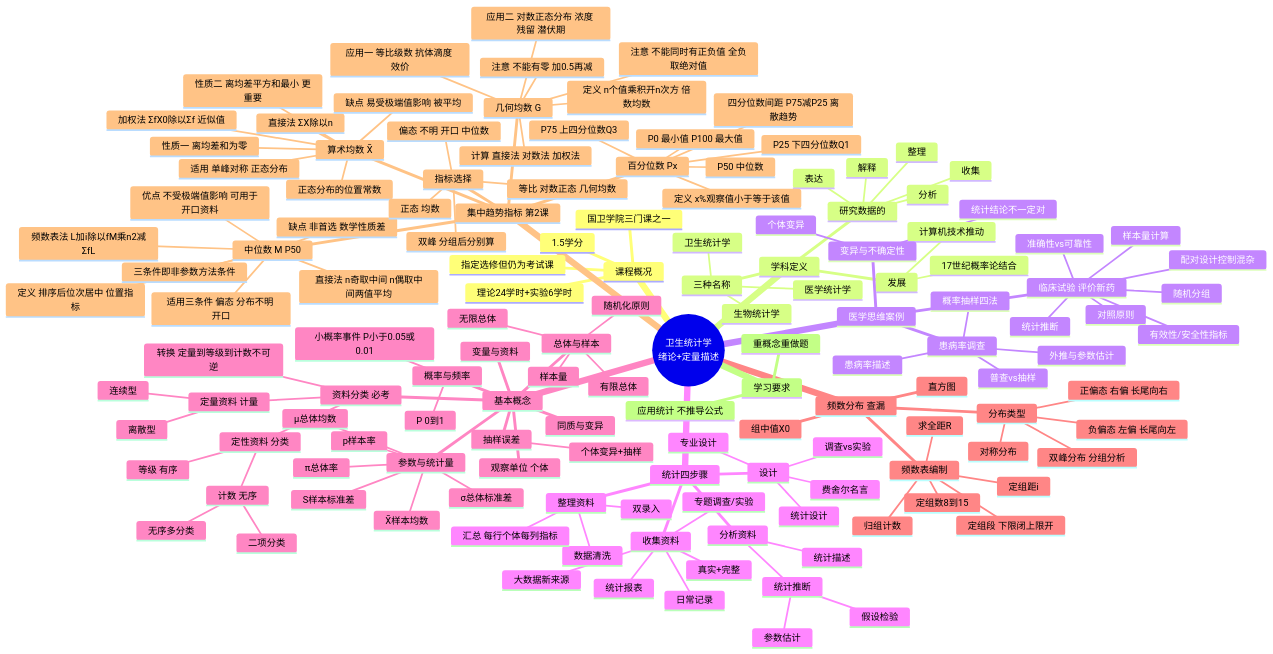
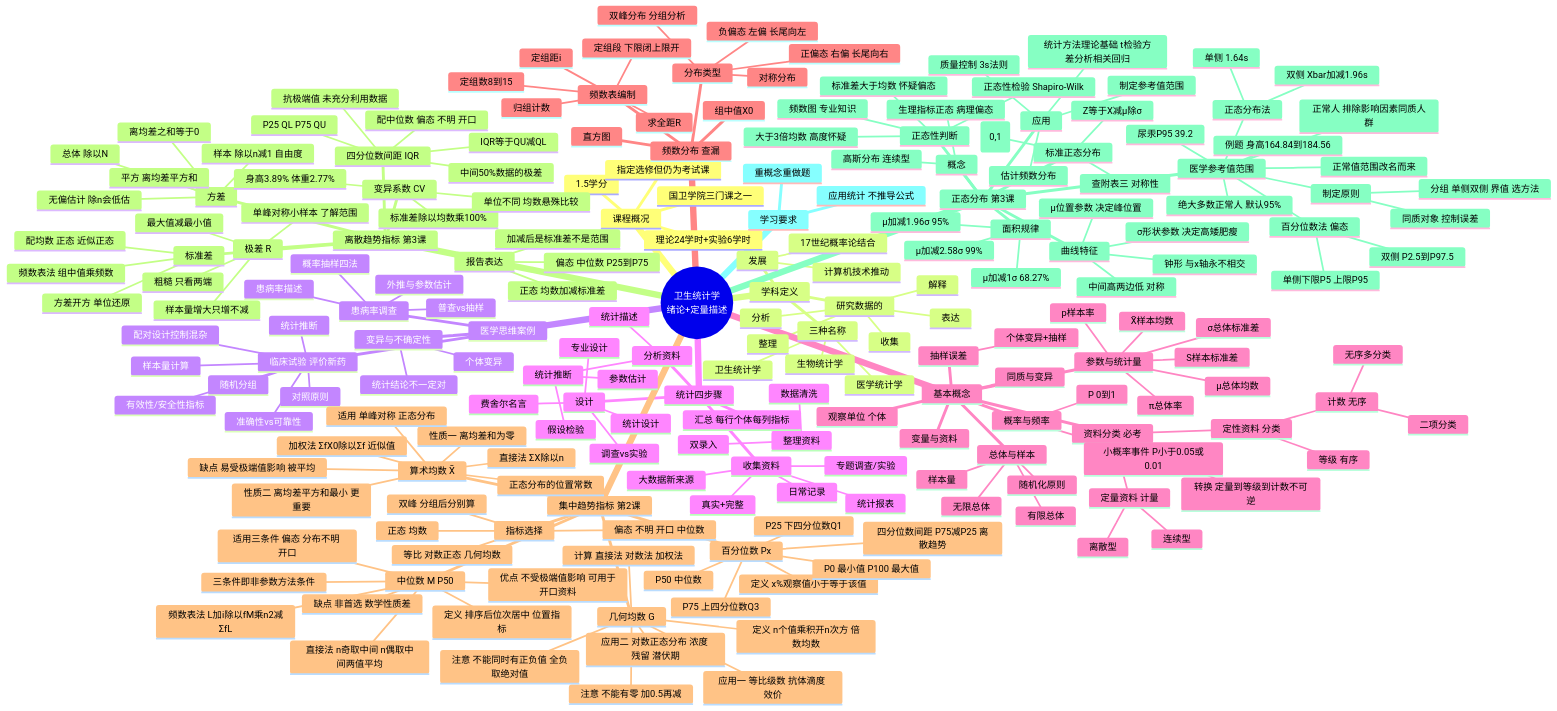
One commit to braisvg/public-notes changed the diagram in 04_卫生统计学/知识框架与思维导图.md. Above: the diagram before and after it, drawn with Mermaid. The commit also changed other lines of this file and 167 other files, not shown here.

Commit message:
同步：新增9/14生理第4课+毛概第2课+伦理第3课、9/15生化第3课+统计第3课，统计第2课照片语义化更新，同步各科总览/思维导图/README/AGENTS/术语表

```diff
--- a/04_卫生统计学/知识框架与思维导图.md
+++ b/04_卫生统计学/知识框架与思维导图.md
@@ -143,6 +143,78 @@
         等比 对数正态 几何均数
         偏态 不明 开口 中位数
         双峰 分组后分别算
+    离散趋势指标 第3课
+      极差 R
+        最大值减最小值
+        粗糙 只看两端
+        样本量增大只增不减
+        单峰对称小样本 了解范围
+      四分位数间距 IQR
+        P25 QL P75 QU
+        IQR等于QU减QL
+        中间50%数据的极差
+        抗极端值 未充分利用数据
+        配中位数 偏态 不明 开口
+      方差
+        离均差之和等于0
+        平方 离均差平方和
+        总体 除以N
+        样本 除以n减1 自由度
+        无偏估计 除n会低估
+      标准差
+        方差开方 单位还原
+        配均数 正态 近似正态
+        频数表法 组中值乘频数
+      变异系数 CV
+        标准差除以均数乘100%
+        单位不同 均数悬殊比较
+        身高3.89% 体重2.77%
+      报告表达
+        正态 均数加减标准差
+        加减后是标准差不是范围
+        偏态 中位数 P25到P75
+    正态分布 第3课
+      概念
+        高斯分布 连续型
+        生理指标正态 病理偏态
+      曲线特征
+        中间高两边低 对称
+        钟形 与x轴永不相交
+        μ位置参数 决定峰位置
+        σ形状参数 决定高矮肥瘦
+      面积规律
+        μ加减1σ 68.27%
+        μ加减1.96σ 95%
+        μ加减2.58σ 99%
+      正态性判断
+        频数图 专业知识
+        标准差大于均数 怀疑偏态
+        大于3倍均数 高度怀疑
+        正态性检验 Shapiro-Wilk
+      标准正态分布
+        Z等于X减μ除σ
+        N(0,1)
+        查附表三 对称性
+      医学参考值范围
+        正常值范围改名而来
+        绝大多数正常人 默认95%
+        正常人 排除影响因素同质人群
+        制定原则
+          同质对象 控制误差
+          分组 单侧双侧 界值 选方法
+        正态分布法
+          双侧 Xbar加减1.96s
+          单侧 1.64s
+        百分位数法 偏态
+          双侧 P2.5到P97.5
+          单侧下限P5 上限P95
+        例题 身高164.84到184.56
+        尿汞P95 39.2
+      应用
+        估计频数分布
+        制定参考值范围
+        质量控制 3s法则
+        统计方法理论基础 t检验方差分析相关回归
     学习要求
       应用统计 不推导公式
       重概念重做题
```
